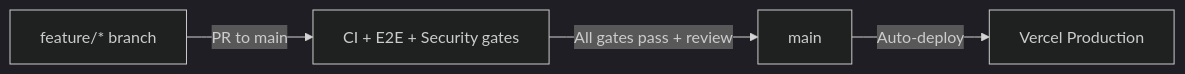
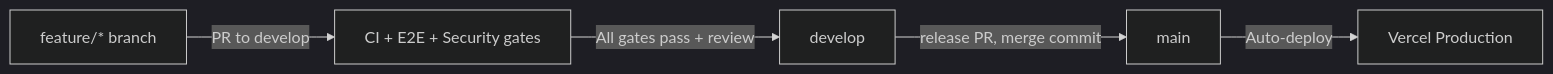
One commit to Oweeboi011/Fit-Ready-IQ changed the third of 8 diagrams in docs/wiki/DEPLOYMENT.md. Above: the diagram before and after it, drawn with Mermaid (dark theme). The commit also changed other lines of this file and 11 other files, not shown here.

First line of the commit message:
docs: fix stale paths, branch flow, versions, and structural bugs

````diff
--- a/docs/wiki/DEPLOYMENT.md
+++ b/docs/wiki/DEPLOYMENT.md
@@ -91,6 +99,7 @@
 ```mermaid
 flowchart LR
-    A["feature/* branch"] -->|PR to main| B["CI + E2E + Security gates"]
-    B -->|All gates pass + review| C["main"]
-    C -->|Auto-deploy| D["Vercel Production"]
+    A["feature/* branch"] -->|PR to develop| B["CI + E2E + Security gates"]
+    B -->|All gates pass + review| C["develop"]
+    C -->|release PR, merge commit| D["main"]
+    D -->|Auto-deploy| E["Vercel Production"]
 ```
````
